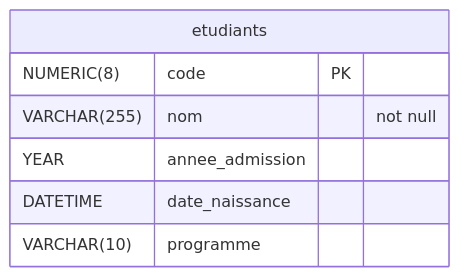
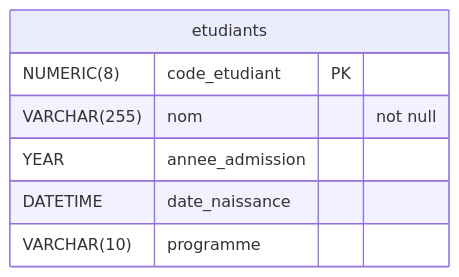
Before and after one commit to cegepvictoetienne/bd1: the fourth of 5 diagrams in docs/notes_de_cours/section_4.1.md, drawn with Mermaid. The commit also changed other lines of this file and 8 other files, not shown here.

````diff
--- a/docs/notes_de_cours/section_4.1.md
+++ b/docs/notes_de_cours/section_4.1.md
@@ -126,10 +121,10 @@
 ```mermaid
 erDiagram  
     etudiants {
-        NUMERIC(8) code PK
+        NUMERIC(8) code_etudiant PK
         VARCHAR(255) nom "not null"
         YEAR annee_admission
         DATETIME date_naissance
         VARCHAR(10) programme
      }
 ```
````
